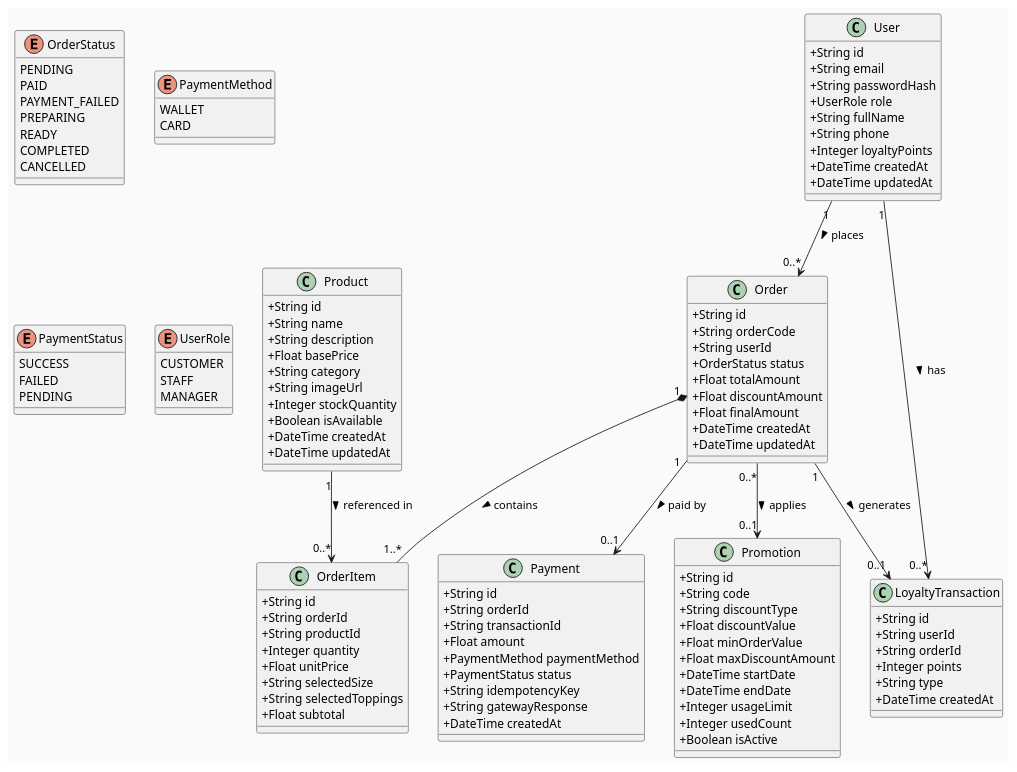
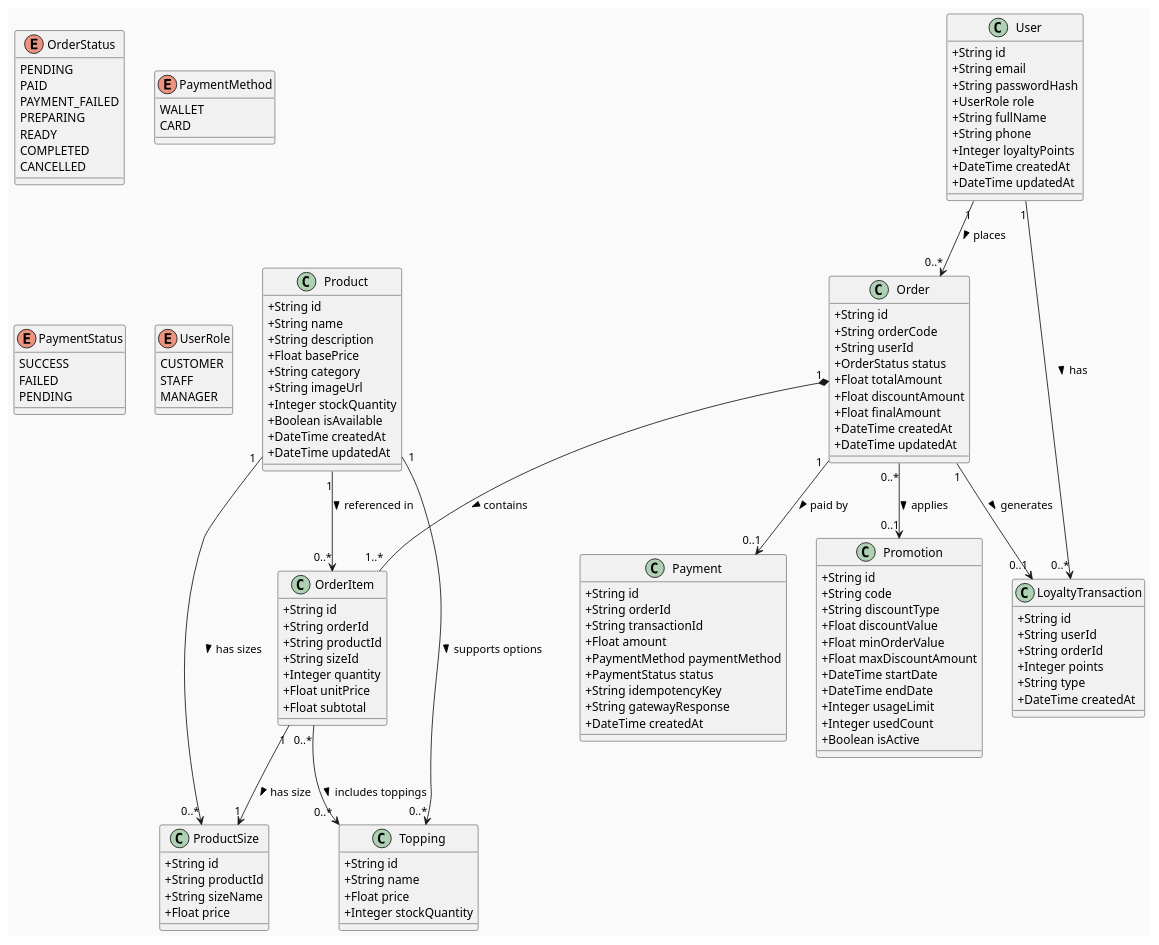
One commit to lmhau68/BrewLite2 changed the diagram in docs/diagrams/class-diagram.puml. Above: the diagram before and after it, drawn with PlantUML. The commit also changed 1 other file, not shown here.

```diff
--- a/docs/diagrams/class-diagram.puml
+++ b/docs/diagrams/class-diagram.puml
@@ -1,124 +1,141 @@
 @startuml
 skinparam classAttributeIconSize 0
 skinparam backgroundColor #FAFAFA
 skinparam shadowing false
 
 enum OrderStatus {
   PENDING
   PAID
   PAYMENT_FAILED
   PREPARING
   READY
   COMPLETED
   CANCELLED
 }
 
 enum PaymentMethod {
   WALLET
   CARD
 }
 
 enum PaymentStatus {
   SUCCESS
   FAILED
   PENDING
 }
 
 enum UserRole {
   CUSTOMER
   STAFF
   MANAGER
 }
 
 class User {
   + String id
   + String email
   + String passwordHash
   + UserRole role
   + String fullName
   + String phone
   + Integer loyaltyPoints
   + DateTime createdAt
   + DateTime updatedAt
 }
 
 class Product {
   + String id
   + String name
   + String description
   + Float basePrice
   + String category
   + String imageUrl
   + Integer stockQuantity
   + Boolean isAvailable
   + DateTime createdAt
   + DateTime updatedAt
 }
 
+class ProductSize {
+  + String id
+  + String productId
+  + String sizeName
+  + Float price
+}
+
+class Topping {
+  + String id
+  + String name
+  + Float price
+  + Integer stockQuantity
+}
+
 class Order {
   + String id
   + String orderCode
   + String userId
   + OrderStatus status
   + Float totalAmount
   + Float discountAmount
   + Float finalAmount
   + DateTime createdAt
   + DateTime updatedAt
 }
 
 class OrderItem {
   + String id
   + String orderId
   + String productId
+  + String sizeId
   + Integer quantity
   + Float unitPrice
-  + String selectedSize
-  + String selectedToppings
   + Float subtotal
 }
 
 class Payment {
   + String id
   + String orderId
   + String transactionId
   + Float amount
   + PaymentMethod paymentMethod
   + PaymentStatus status
   + String idempotencyKey
   + String gatewayResponse
   + DateTime createdAt
 }
 
 class Promotion {
   + String id
   + String code
   + String discountType
   + Float discountValue
   + Float minOrderValue
   + Float maxDiscountAmount
   + DateTime startDate
   + DateTime endDate
   + Integer usageLimit
   + Integer usedCount
   + Boolean isActive
 }
 
 class LoyaltyTransaction {
   + String id
   + String userId
   + String orderId
   + Integer points
   + String type
   + DateTime createdAt
 }
 
 User "1" --> "0..*" Order : places >
 User "1" --> "0..*" LoyaltyTransaction : has >
 Order "1" *-- "1..*" OrderItem : contains >
 Product "1" --> "0..*" OrderItem : referenced in >
+Product "1" --> "0..*" ProductSize : has sizes >
+Product "1" --> "0..*" Topping : supports options >
+OrderItem "1" --> "1" ProductSize : has size >
+OrderItem "0..*" --> "0..*" Topping : includes toppings >
 Order "1" --> "0..1" Payment : paid by >
 Order "0..*" --> "0..1" Promotion : applies >
 Order "1" --> "0..1" LoyaltyTransaction : generates >
 
 @enduml
```
